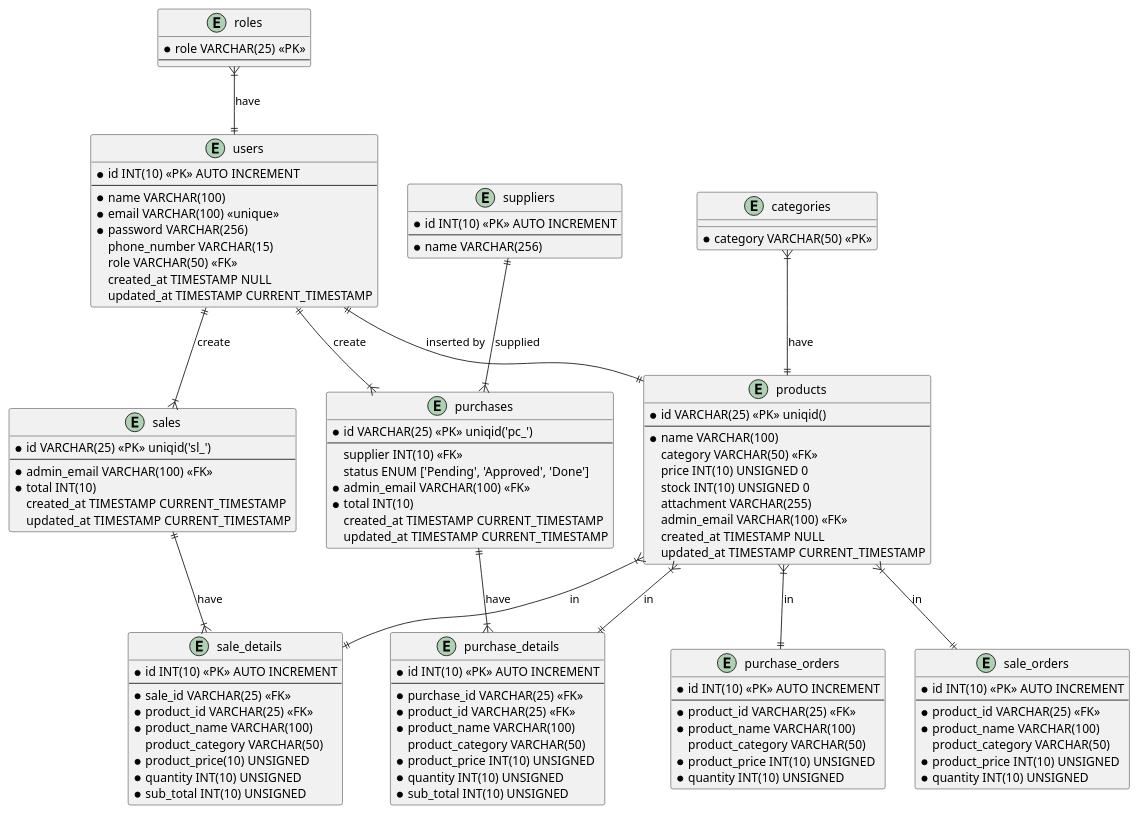
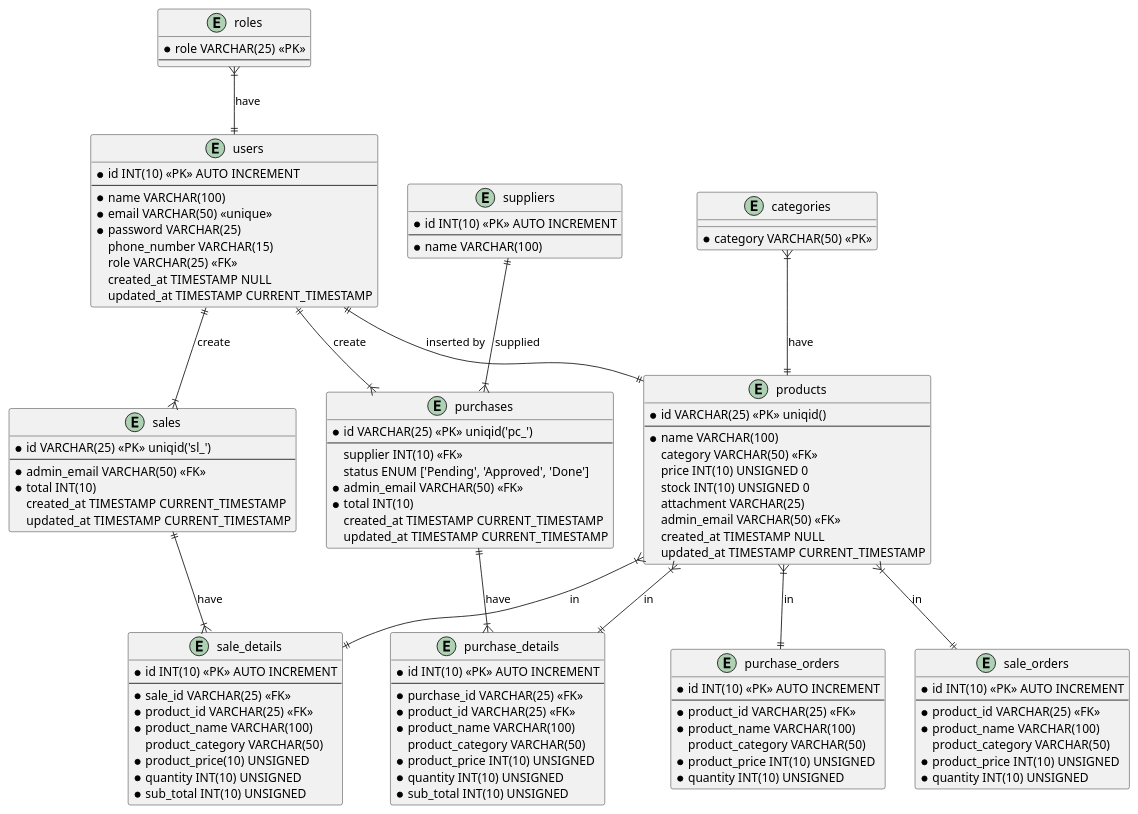
The diagram in docs/product-inventory.puml (doniduaasattuu/product-inventory), drawn with PlantUML before and after one commit. The commit also changed 5 other files, not shown here.

```diff
--- a/docs/product-inventory.puml
+++ b/docs/product-inventory.puml
@@ -1,126 +1,126 @@
 @startuml product inventory
 
     entity roles {
         * role VARCHAR(25) <<PK>>
         --
     }
 
     entity users {
         * id INT(10) <<PK>> AUTO INCREMENT
         --
         * name VARCHAR(100)
-        * email VARCHAR(100) <<unique>>
-        * password VARCHAR(256)
+        * email VARCHAR(50) <<unique>>
+        * password VARCHAR(25)
           phone_number VARCHAR(15)
-          role VARCHAR(50) <<FK>>
+          role VARCHAR(25) <<FK>>
           created_at TIMESTAMP NULL
           updated_at TIMESTAMP CURRENT_TIMESTAMP
     }
 
     entity categories {
         * category VARCHAR(50) <<PK>>
     }
 
     entity products {
         * id VARCHAR(25) <<PK>> uniqid()
         --
         * name VARCHAR(100)
           category VARCHAR(50) <<FK>>
           price INT(10) UNSIGNED 0
           stock INT(10) UNSIGNED 0
-          attachment VARCHAR(255) 
-          admin_email VARCHAR(100) <<FK>>
+          attachment VARCHAR(25) 
+          admin_email VARCHAR(50) <<FK>>
           created_at TIMESTAMP NULL
           updated_at TIMESTAMP CURRENT_TIMESTAMP
     }
 
     entity suppliers {
         * id INT(10) <<PK>> AUTO INCREMENT
         --
-        * name VARCHAR(256)
+        * name VARCHAR(100)
     }
 
     entity purchases {
         * id VARCHAR(25) <<PK>> uniqid('pc_')
         --
           supplier INT(10) <<FK>>
           status ENUM ['Pending', 'Approved', 'Done']
-        * admin_email VARCHAR(100) <<FK>>
+        * admin_email VARCHAR(50) <<FK>>
         * total INT(10)
           created_at TIMESTAMP CURRENT_TIMESTAMP
           updated_at TIMESTAMP CURRENT_TIMESTAMP
     }
 
     entity purchase_details {
         * id INT(10) <<PK>> AUTO INCREMENT
         --
         * purchase_id VARCHAR(25) <<FK>>
         * product_id VARCHAR(25) <<FK>>
         * product_name VARCHAR(100)
           product_category VARCHAR(50)
         * product_price INT(10) UNSIGNED
         * quantity INT(10) UNSIGNED
         * sub_total INT(10) UNSIGNED
     }
 
     entity purchase_orders {
         * id INT(10) <<PK>> AUTO INCREMENT
         --
         * product_id VARCHAR(25) <<FK>>
         * product_name VARCHAR(100)
           product_category VARCHAR(50)
         * product_price INT(10) UNSIGNED
         * quantity INT(10) UNSIGNED
     }
 
     ' entity customers {
     '     * id INT(10) <<PK>> AUTO INCREMENT
     '     --
     '     * name VARCHAR(256)
     ' }
 
     entity sales {
         * id VARCHAR(25) <<PK>> uniqid('sl_')
         --
-        * admin_email VARCHAR(100) <<FK>>
+        * admin_email VARCHAR(50) <<FK>>
         * total INT(10)
           created_at TIMESTAMP CURRENT_TIMESTAMP
           updated_at TIMESTAMP CURRENT_TIMESTAMP          
     }
 
     entity sale_details {
         * id INT(10) <<PK>> AUTO INCREMENT
         --
         * sale_id VARCHAR(25) <<FK>>
         * product_id VARCHAR(25) <<FK>>
         * product_name VARCHAR(100) 
           product_category VARCHAR(50)
         * product_price(10) UNSIGNED
         * quantity INT(10) UNSIGNED
         * sub_total INT(10) UNSIGNED
     }
 
     entity sale_orders {
         * id INT(10) <<PK>> AUTO INCREMENT
         --
         * product_id VARCHAR(25) <<FK>>
         * product_name VARCHAR(100)
           product_category VARCHAR(50)
         * product_price INT(10) UNSIGNED
         * quantity INT(10) UNSIGNED
     }
 
    roles }|--|| users : have
    categories }|--|| products : have
    users ||--|| products : inserted by
    suppliers ||--|{ purchases : supplied
    purchases ||--|{ purchase_details : have
    users ||--|{ purchases : create
    products }|--|| purchase_details : in
    products }|--|| purchase_orders : in
    products }|--|| sale_details : in
    sales ||--|{ sale_details : have
    users ||--|{ sales : create
    products }|--|| sale_orders : in
 
 @enduml
```
